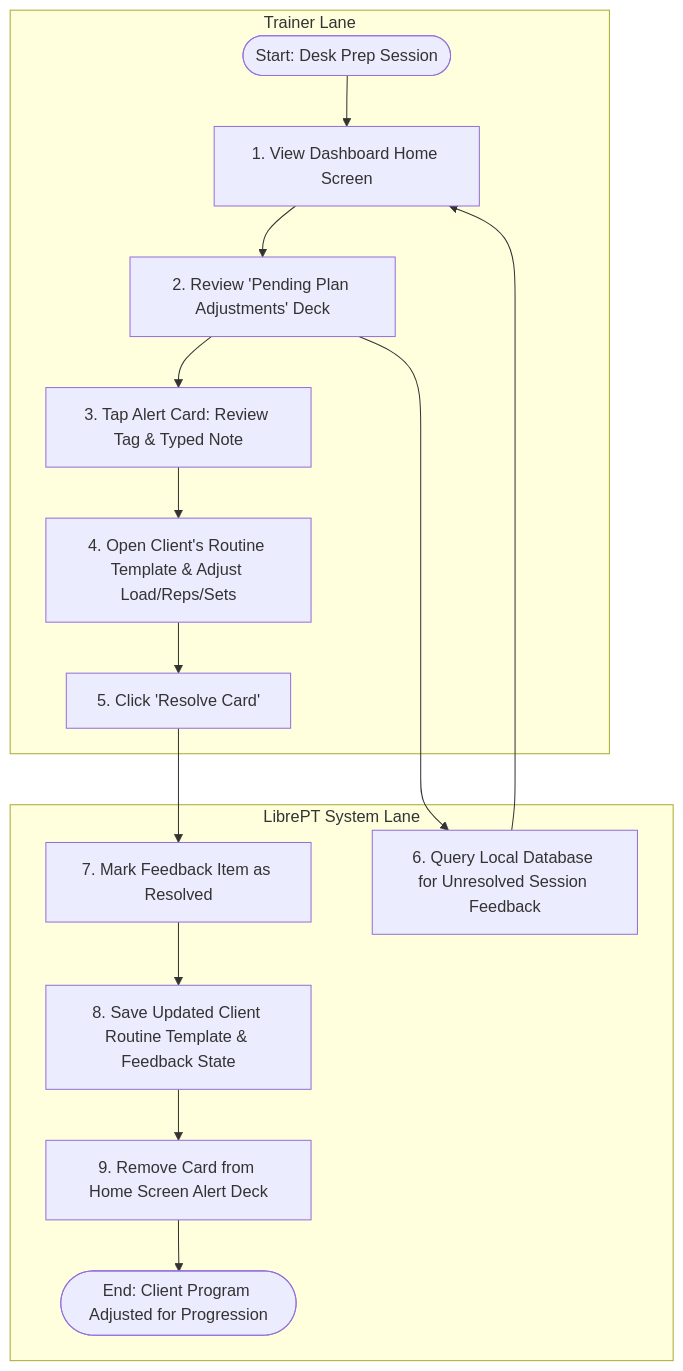
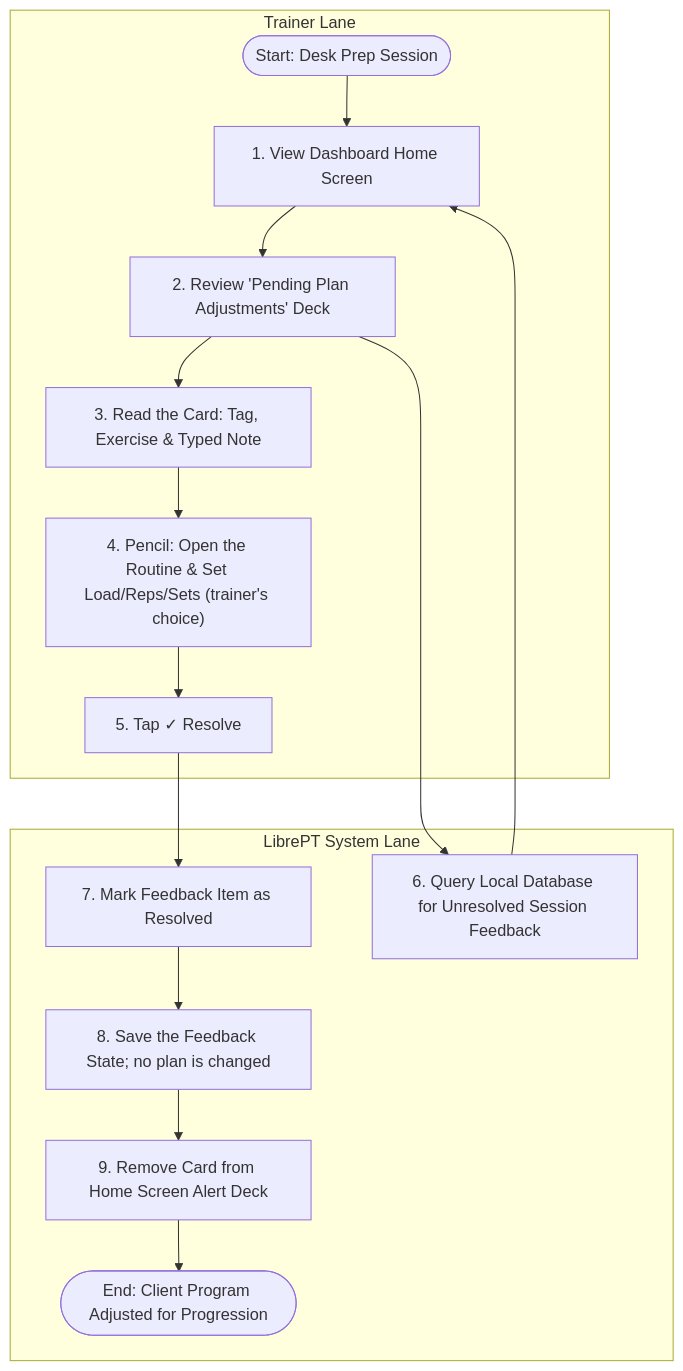
One commit to stutek/LibrePT changed the diagram in use_cases/uc2_async_plan_adjustments.md. Above: the diagram before and after it, drawn with Mermaid. The commit also changed other lines of this file and 24 other files, not shown here.

First line of the commit message:
feat(review): drop training targets; one tap resolves a signal

````diff
--- a/use_cases/uc2_async_plan_adjustments.md
+++ b/use_cases/uc2_async_plan_adjustments.md
@@ -20,20 +22,20 @@
 ```mermaid
 graph TD
     subgraph Trainer["Trainer Lane"]
         Start([Start: Desk Prep Session]) --> OpenDashboard[1. View Dashboard Home Screen]
         OpenDashboard --> ReviewAdjustments["2. Review 'Pending Plan Adjustments' Deck"]
-        ReviewAdjustments --> ReadNote["3. Tap Alert Card: Review Tag & Typed Note"]
-        ReadNote --> EditTemplate[4. Open Client's Routine Template & Adjust Load/Reps/Sets]
-        EditTemplate --> ResolveAlert[5. Click 'Resolve Card']
+        ReviewAdjustments --> ReadNote["3. Read the Card: Tag, Exercise & Typed Note"]
+        ReadNote --> EditTemplate["4. Pencil: Open the Routine & Set Load/Reps/Sets (trainer's choice)"]
+        EditTemplate --> ResolveAlert["5. Tap ✓ Resolve"]
     end
     
     subgraph System["LibrePT System Lane"]
         ReviewAdjustments --> QueryDB[6. Query Local Database for Unresolved Session Feedback]
         QueryDB --> OpenDashboard
         
         ResolveAlert --> UpdateAlertState[7. Mark Feedback Item as Resolved]
-        UpdateAlertState --> SaveDB[8. Save Updated Client Routine Template & Feedback State]
+        UpdateAlertState --> SaveDB[8. Save the Feedback State; no plan is changed]
         SaveDB --> RefreshDashboard[9. Remove Card from Home Screen Alert Deck]
         RefreshDashboard --> End([End: Client Program Adjusted for Progression])
     end
 ```
````
